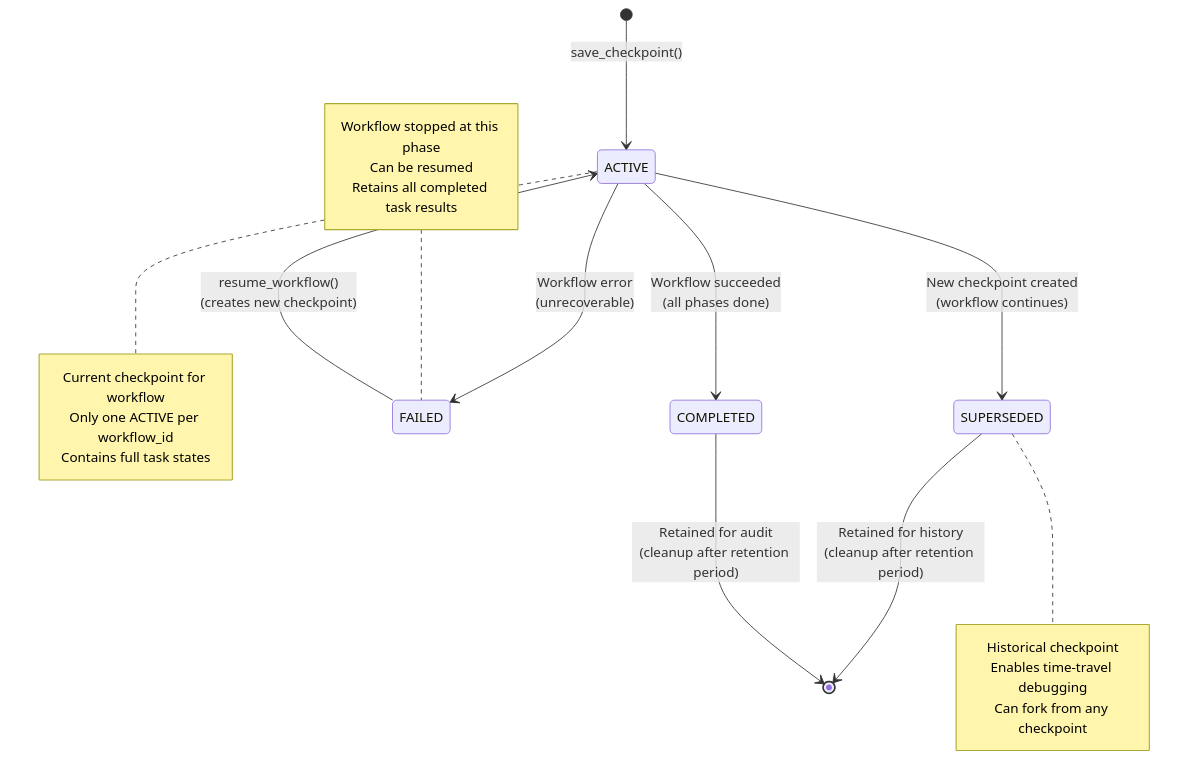
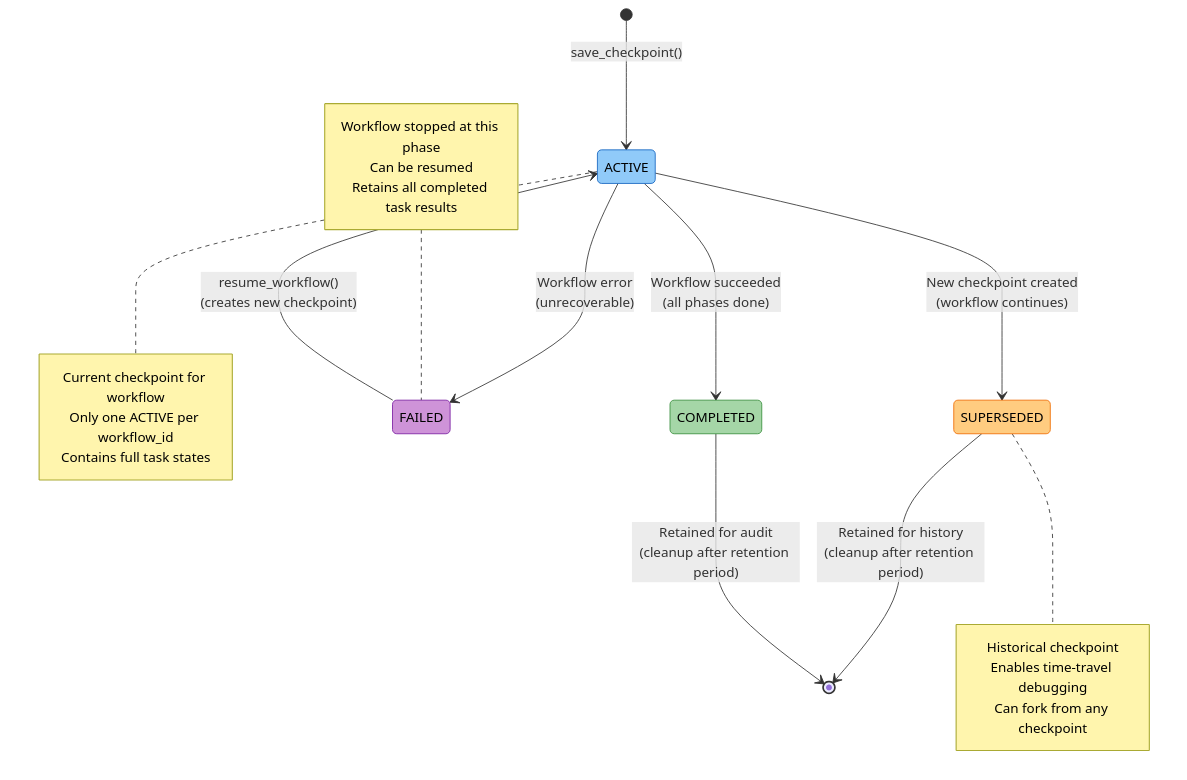
Diagram 16 of 20 in docs/modules/agents.md (amit-jain/cogniverse), drawn with Mermaid before and after one commit. The commit also changed other lines of this file and 83 other files, not shown here.

First line of the commit message:
Fix documentation veracity, formatting, and diagrams across all modules

````diff
--- a/docs/modules/agents.md
+++ b/docs/modules/agents.md
@@ -3160,32 +3717,42 @@
 ```mermaid
 stateDiagram-v2
     [*] --> ACTIVE: save_checkpoint()
 
     ACTIVE --> SUPERSEDED: New checkpoint created<br/>(workflow continues)
     ACTIVE --> COMPLETED: Workflow succeeded<br/>(all phases done)
     ACTIVE --> FAILED: Workflow error<br/>(unrecoverable)
 
     SUPERSEDED --> [*]: Retained for history<br/>(cleanup after retention period)
 
     FAILED --> ACTIVE: resume_workflow()<br/>(creates new checkpoint)
 
     COMPLETED --> [*]: Retained for audit<br/>(cleanup after retention period)
 
     note right of ACTIVE
         Current checkpoint for workflow
         Only one ACTIVE per workflow_id
         Contains full task states
     end note
 
     note right of SUPERSEDED
         Historical checkpoint
         Enables time-travel debugging
         Can fork from any checkpoint
     end note
 
     note left of FAILED
         Workflow stopped at this phase
         Can be resumed
         Retains all completed task results
     end note
+
+    classDef blue fill:#90caf9,stroke:#1565c0,color:#000
+    classDef green fill:#a5d6a7,stroke:#388e3c,color:#000
+    classDef orange fill:#ffcc80,stroke:#ef6c00,color:#000
+    classDef purple fill:#ce93d8,stroke:#7b1fa2,color:#000
+
+    class ACTIVE blue
+    class SUPERSEDED orange
+    class COMPLETED green
+    class FAILED purple
 ```
````
